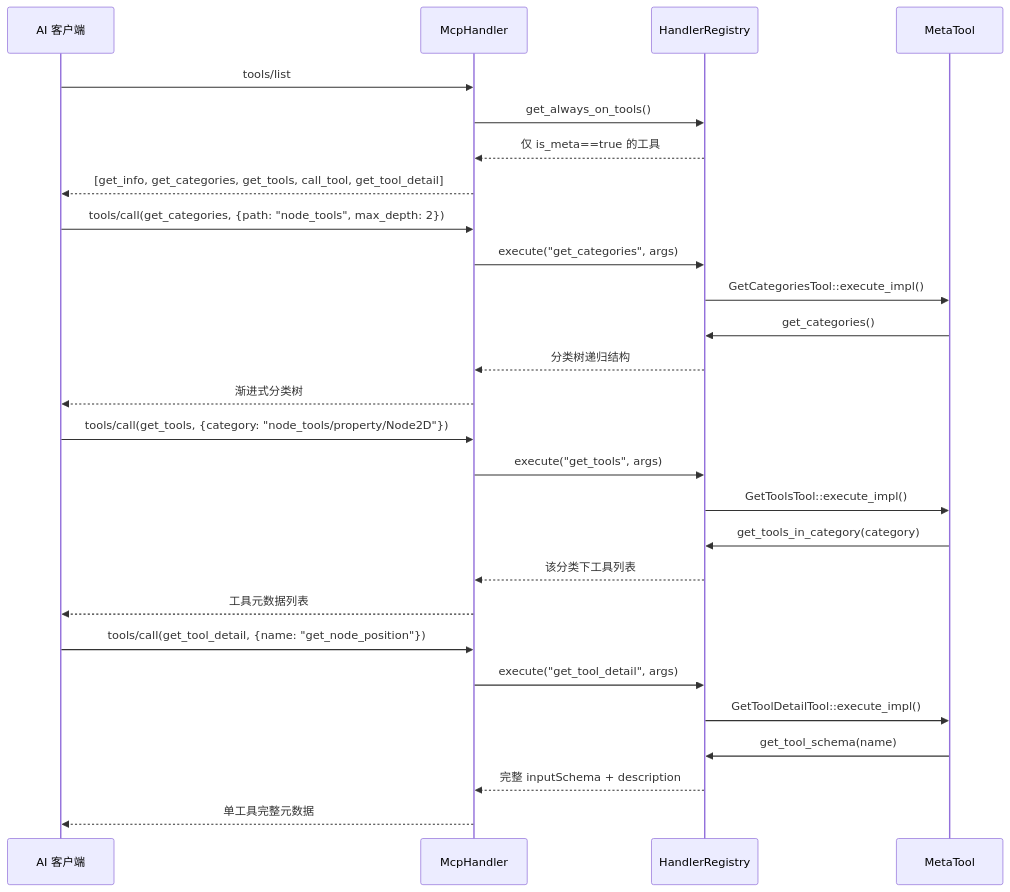
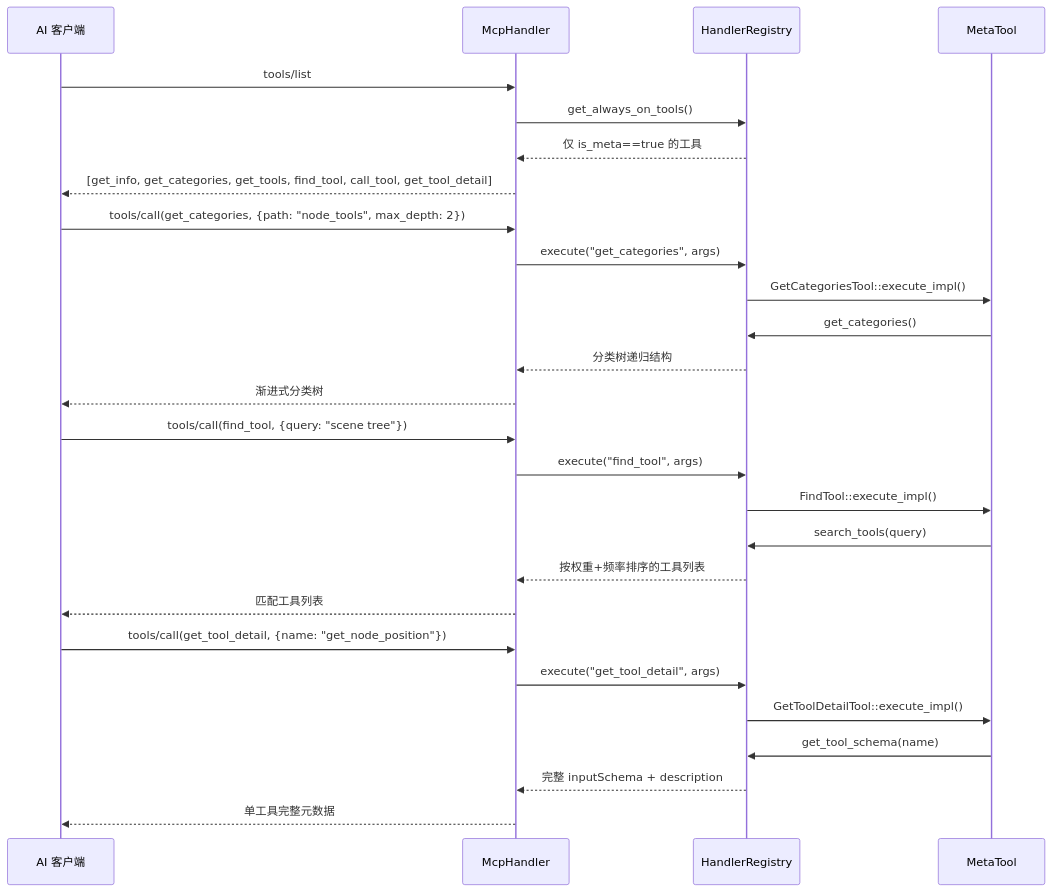
The diagram in .repo_wiki/modules/meta-tools.md (jesspig/GodotMCP-GDExtension), drawn with Mermaid before and after one commit. The commit also changed other lines of this file and 33 other files, not shown here.

````diff
--- a/.repo_wiki/modules/meta-tools.md
+++ b/.repo_wiki/modules/meta-tools.md
@@ -19,33 +20,33 @@
 ```mermaid
 sequenceDiagram
     participant Client as AI 客户端
     participant MCP as McpHandler
     participant REG as HandlerRegistry
     participant META as MetaTool
 
     Client->>MCP: tools/list
     MCP->>REG: get_always_on_tools()
     REG-->>MCP: 仅 is_meta==true 的工具
-    MCP-->>Client: [get_info, get_categories, get_tools, call_tool, get_tool_detail]
+    MCP-->>Client: [get_info, get_categories, get_tools, find_tool, call_tool, get_tool_detail]
 
     Client->>MCP: tools/call(get_categories, {path: "node_tools", max_depth: 2})
     MCP->>REG: execute("get_categories", args)
     REG->>META: GetCategoriesTool::execute_impl()
     META->>REG: get_categories()
     REG-->>MCP: 分类树递归结构
     MCP-->>Client: 渐进式分类树
 
-    Client->>MCP: tools/call(get_tools, {category: "node_tools/property/Node2D"})
-    MCP->>REG: execute("get_tools", args)
-    REG->>META: GetToolsTool::execute_impl()
-    META->>REG: get_tools_in_category(category)
-    REG-->>MCP: 该分类下工具列表
-    MCP-->>Client: 工具元数据列表
+    Client->>MCP: tools/call(find_tool, {query: "scene tree"})
+    MCP->>REG: execute("find_tool", args)
+    REG->>META: FindTool::execute_impl()
+    META->>REG: search_tools(query)
+    REG-->>MCP: 按权重+频率排序的工具列表
+    MCP-->>Client: 匹配工具列表
 
     Client->>MCP: tools/call(get_tool_detail, {name: "get_node_position"})
     MCP->>REG: execute("get_tool_detail", args)
     REG->>META: GetToolDetailTool::execute_impl()
     META->>REG: get_tool_schema(name)
     REG-->>MCP: 完整 inputSchema + description
     MCP-->>Client: 单工具完整元数据
 ```
````
